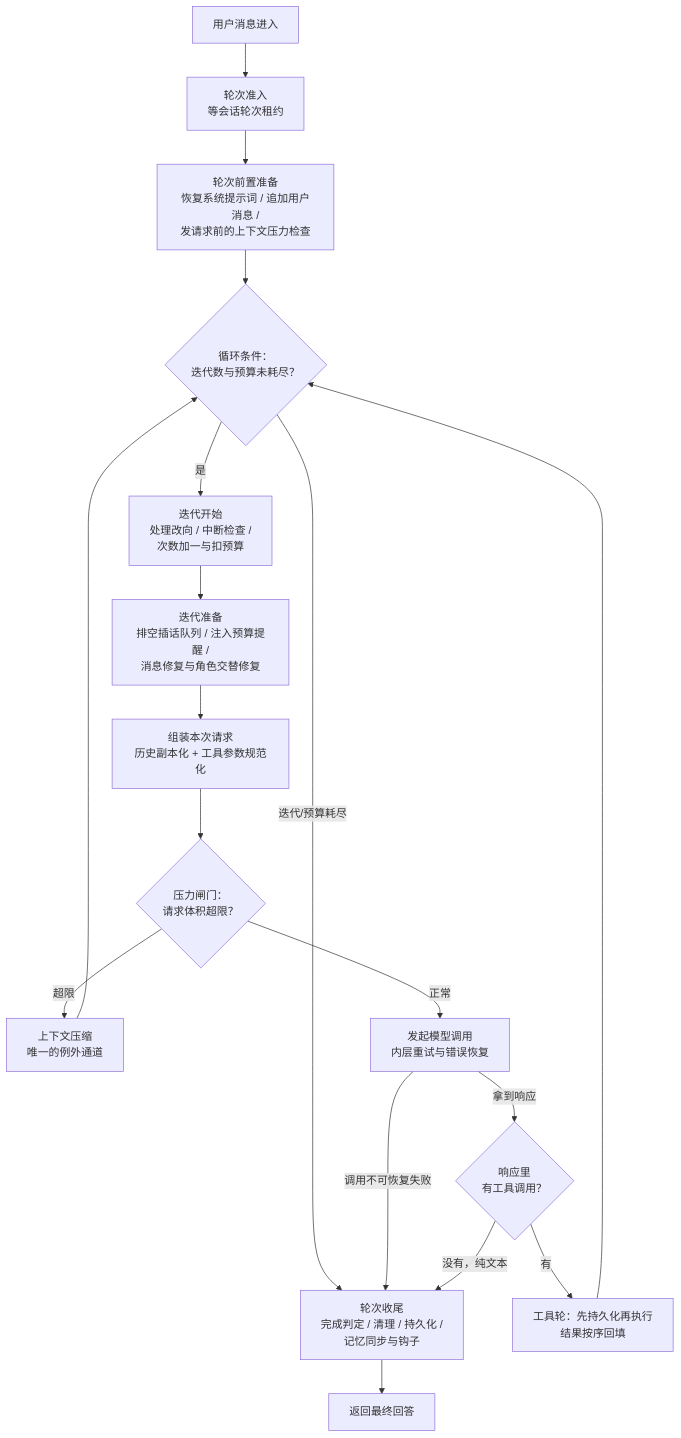
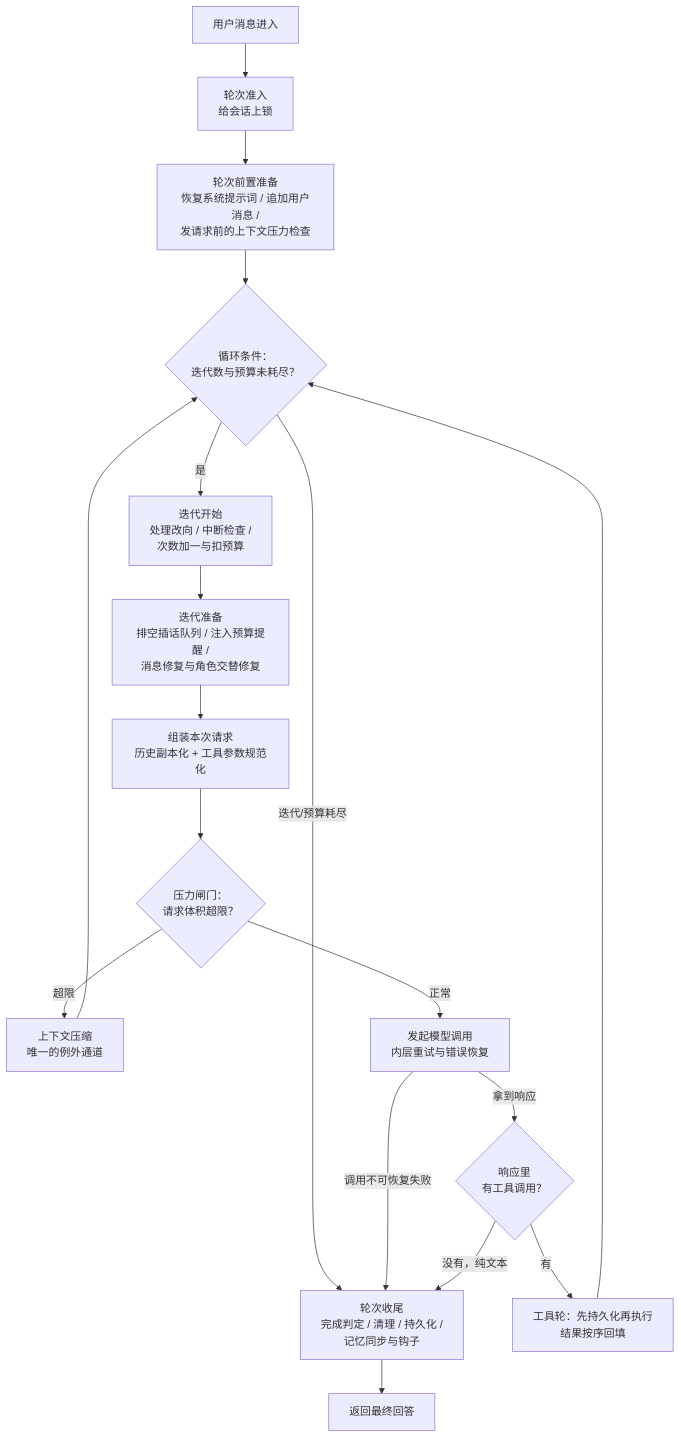
Before and after one commit to Mr-ZeLong/hermes-agent-analysis: the diagram in docs/agent-loop.md, drawn with Mermaid. The commit also changed other lines of this file and 1 other file, not shown here.

````diff
--- a/docs/agent-loop.md
+++ b/docs/agent-loop.md
@@ -24,19 +24,19 @@
 ```mermaid
 flowchart TD
-    A[用户消息进入] --> B[轮次准入<br>等会话轮次租约]
+    A[用户消息进入] --> B[轮次准入<br>给会话上锁]
     B --> C[轮次前置准备<br>恢复系统提示词 / 追加用户消息 /<br>发请求前的上下文压力检查]
     C --> D{循环条件：<br>迭代数与预算未耗尽？}
     D -- 迭代/预算耗尽 --> W[轮次收尾<br>完成判定 / 清理 / 持久化 /<br>记忆同步与钩子]
     D -- 是 --> E[迭代开始<br>处理改向 / 中断检查 /<br>次数加一与扣预算]
     E --> F[迭代准备<br>排空插话队列 / 注入预算提醒 /<br>消息修复与角色交替修复]
     F --> G[组装本次请求<br>历史副本化 + 工具参数规范化]
     G --> G2{压力闸门：<br>请求体积超限？}
     G2 -- 超限 --> H[上下文压缩<br>唯一的例外通道] --> D
     G2 -- 正常 --> I[发起模型调用<br>内层重试与错误恢复]
     I -- 调用不可恢复失败 --> W
     I -- 拿到响应 --> J{响应里<br>有工具调用？}
     J -- 有 --> K[工具轮：先持久化再执行<br>结果按序回填]
     K --> D
     J -- 没有，纯文本 --> W
     W --> L[返回最终回答]
 ```
````
